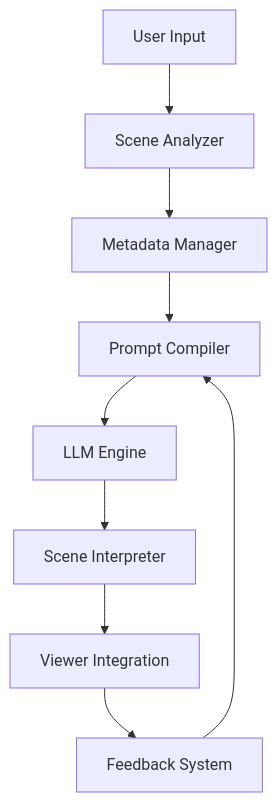
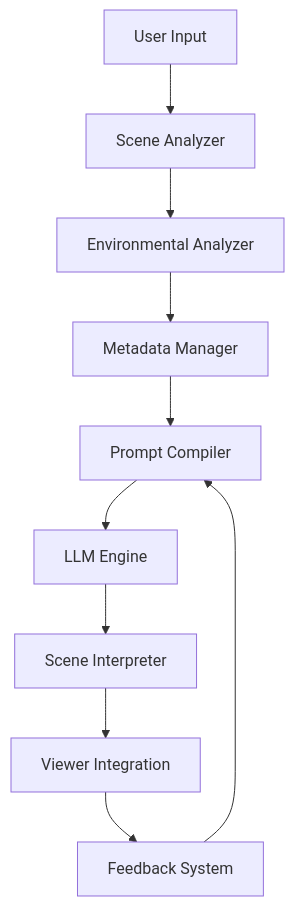
The diagram in docs/features/p2p/ARCHITECTURE.md (mcfwalker/qwkshot), drawn with Mermaid before and after one commit. The commit also changed other lines of this file and 2 other files, not shown here.

````diff
--- a/docs/features/p2p/ARCHITECTURE.md
+++ b/docs/features/p2p/ARCHITECTURE.md
@@ -73,11 +82,12 @@
 ```mermaid
 graph TD
     A[User Input] --> B[Scene Analyzer]
-    B --> C[Metadata Manager]
-    C --> D[Prompt Compiler]
-    D --> E[LLM Engine]
-    E --> F[Scene Interpreter]
-    F --> G[Viewer Integration]
-    G --> H[Feedback System]
-    H --> D
+    B --> C[Environmental Analyzer]
+    C --> D[Metadata Manager]
+    D --> E[Prompt Compiler]
+    E --> F[LLM Engine]
+    F --> G[Scene Interpreter]
+    G --> H[Viewer Integration]
+    H --> I[Feedback System]
+    I --> E
 ```
````
